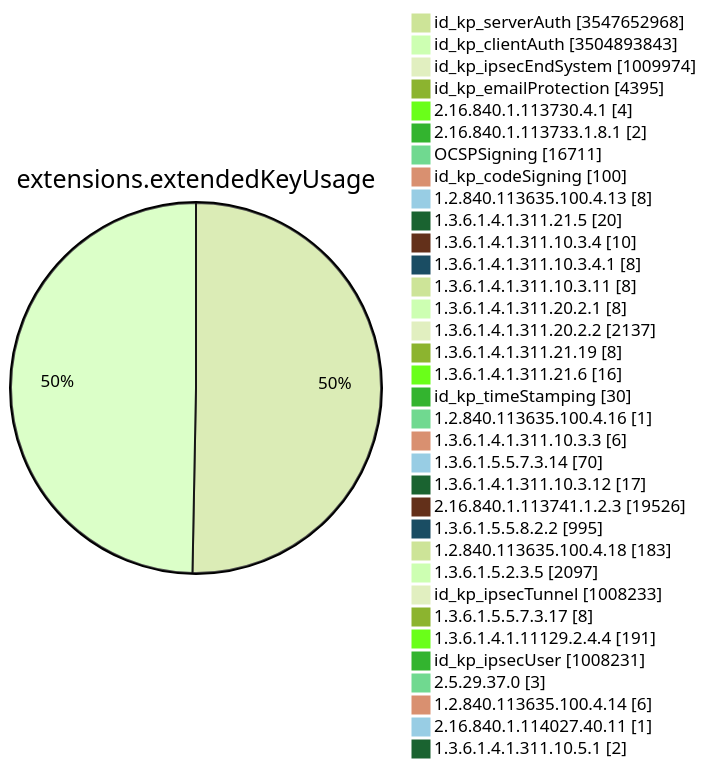
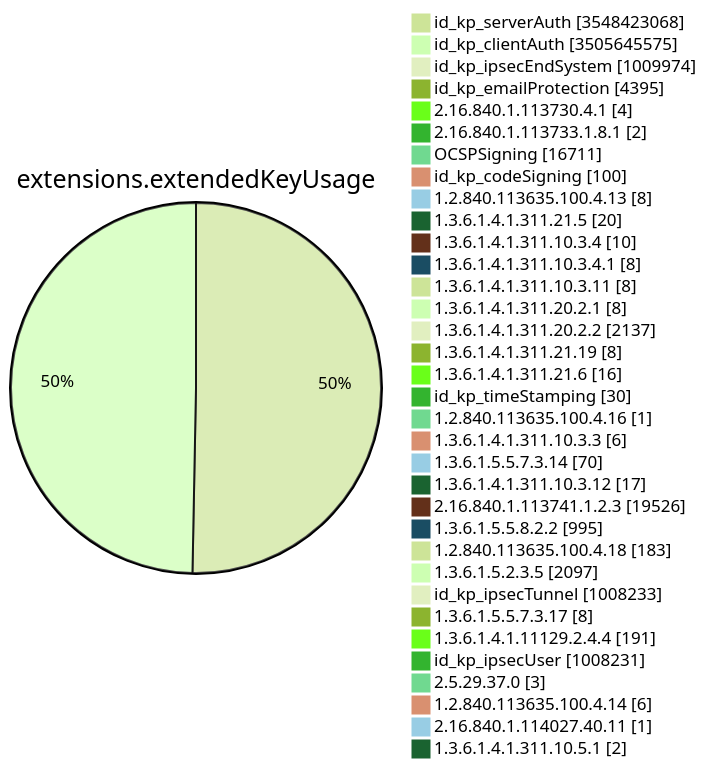
Before and after one commit to christiankrug/ctmonitor_visualization: diagram 11 of 15 in TOTAL/README.md, drawn with Mermaid (forest theme). The commit also changed other lines of this file, not shown here.

````diff
--- a/TOTAL/README.md
+++ b/TOTAL/README.md
@@ -4127,38 +4127,38 @@
 ```mermaid
 pie showData
 title extensions.extendedKeyUsage
-"id_kp_serverAuth" :3547652968
-"id_kp_clientAuth" :3504893843
+"id_kp_serverAuth" :3548423068
+"id_kp_clientAuth" :3505645575
 "id_kp_ipsecEndSystem" :1009974
 "id_kp_emailProtection" :4395
 "2.16.840.1.113730.4.1" :4
 "2.16.840.1.113733.1.8.1" :2
 "OCSPSigning" :16711
 "id_kp_codeSigning" :100
 "1.2.840.113635.100.4.13" :8
 "1.3.6.1.4.1.311.21.5" :20
 "1.3.6.1.4.1.311.10.3.4" :10
 "1.3.6.1.4.1.311.10.3.4.1" :8
 "1.3.6.1.4.1.311.10.3.11" :8
 "1.3.6.1.4.1.311.20.2.1" :8
 "1.3.6.1.4.1.311.20.2.2" :2137
 "1.3.6.1.4.1.311.21.19" :8
 "1.3.6.1.4.1.311.21.6" :16
 "id_kp_timeStamping" :30
 "1.2.840.113635.100.4.16" :1
 "1.3.6.1.4.1.311.10.3.3" :6
 "1.3.6.1.5.5.7.3.14" :70
 "1.3.6.1.4.1.311.10.3.12" :17
 "2.16.840.1.113741.1.2.3" :19526
 "1.3.6.1.5.5.8.2.2" :995
 "1.2.840.113635.100.4.18" :183
 "1.3.6.1.5.2.3.5" :2097
 "id_kp_ipsecTunnel" :1008233
 "1.3.6.1.5.5.7.3.17" :8
 "1.3.6.1.4.1.11129.2.4.4" :191
 "id_kp_ipsecUser" :1008231
 "2.5.29.37.0" :3
 "1.2.840.113635.100.4.14" :6
 "2.16.840.1.114027.40.11" :1
 "1.3.6.1.4.1.311.10.5.1" :2
 ```
````
